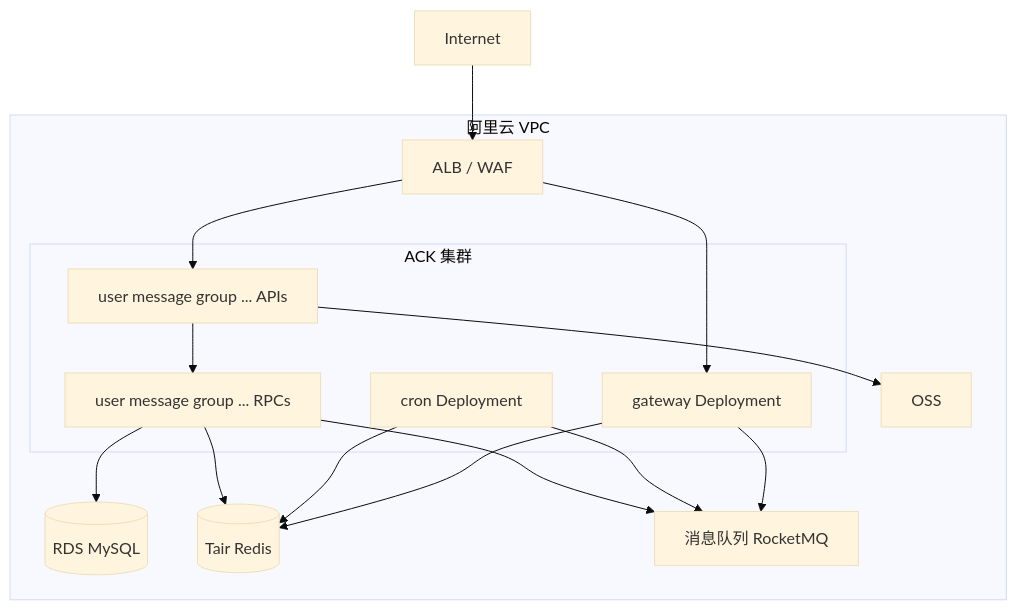
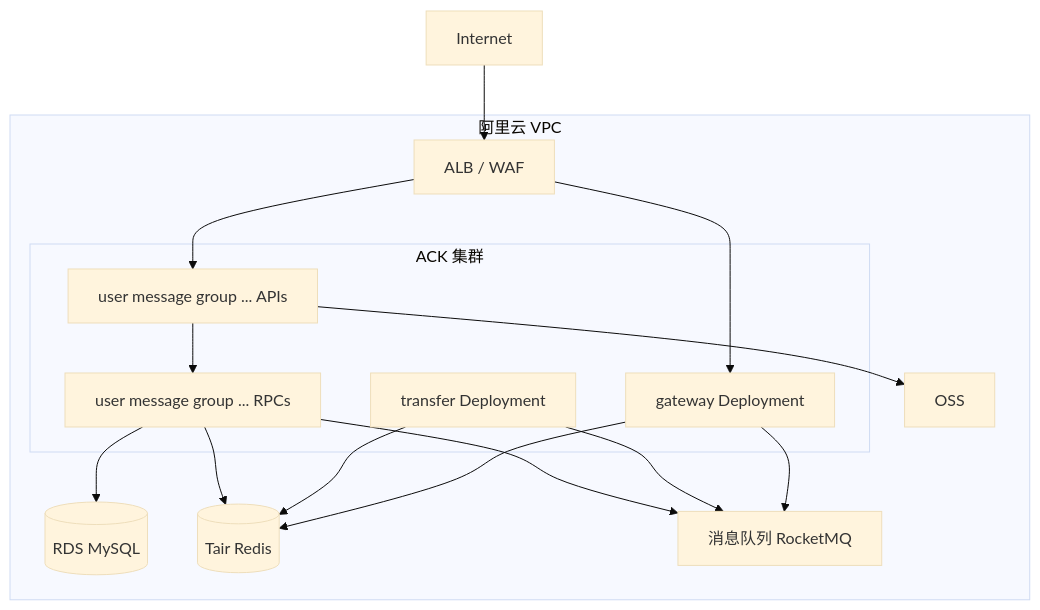
Before and after one commit to AlbertChenshiqi/im: the sixth of 6 diagrams in README.md, drawn with Mermaid (base theme). The commit also changed other lines of this file and 119 other files, not shown here.

````diff
--- a/README.md
+++ b/README.md
@@ -705,29 +699,29 @@
 ```mermaid
 flowchart TB
   subgraph aliyun [阿里云 VPC]
     ALB[ALB / WAF]
     subgraph ack [ACK 集群]
       GW[gateway Deployment]
       APIs[user message group ... APIs]
       RPCs[user message group ... RPCs]
-      CronDep[cron Deployment]
+      TransferDep[transfer Deployment]
     end
     RDS[(RDS MySQL)]
     Tair[(Tair Redis)]
     RMQCloud[消息队列 RocketMQ]
     OSS[OSS]
   end
 
   Internet --> ALB
   ALB --> APIs
   ALB --> GW
   APIs --> RPCs
   RPCs --> RDS
   RPCs --> Tair
   RPCs --> RMQCloud
-  CronDep --> RMQCloud
-  CronDep --> Tair
+  TransferDep --> RMQCloud
+  TransferDep --> Tair
   GW --> RMQCloud
   GW --> Tair
   APIs --> OSS
 ```
````
